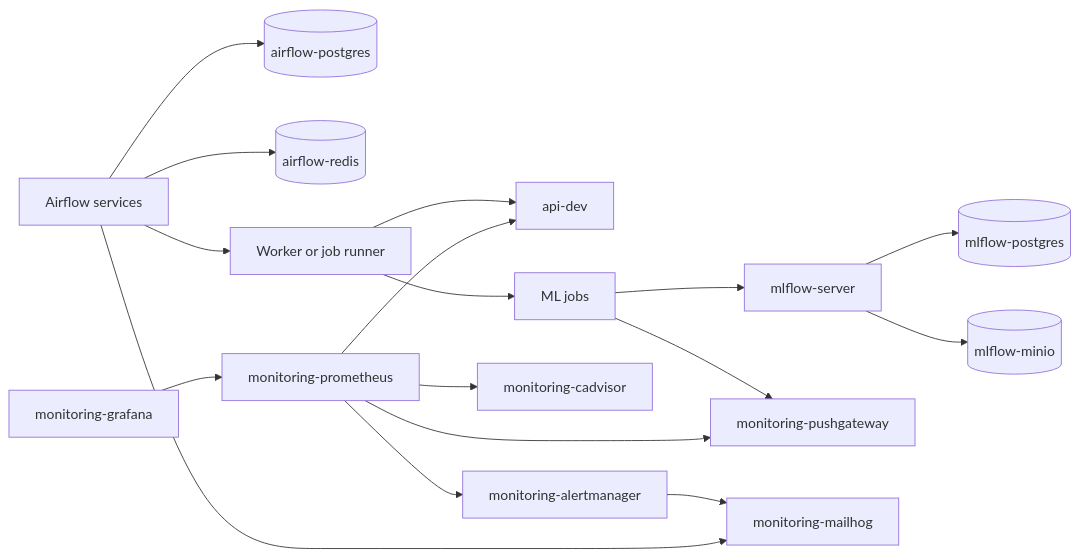
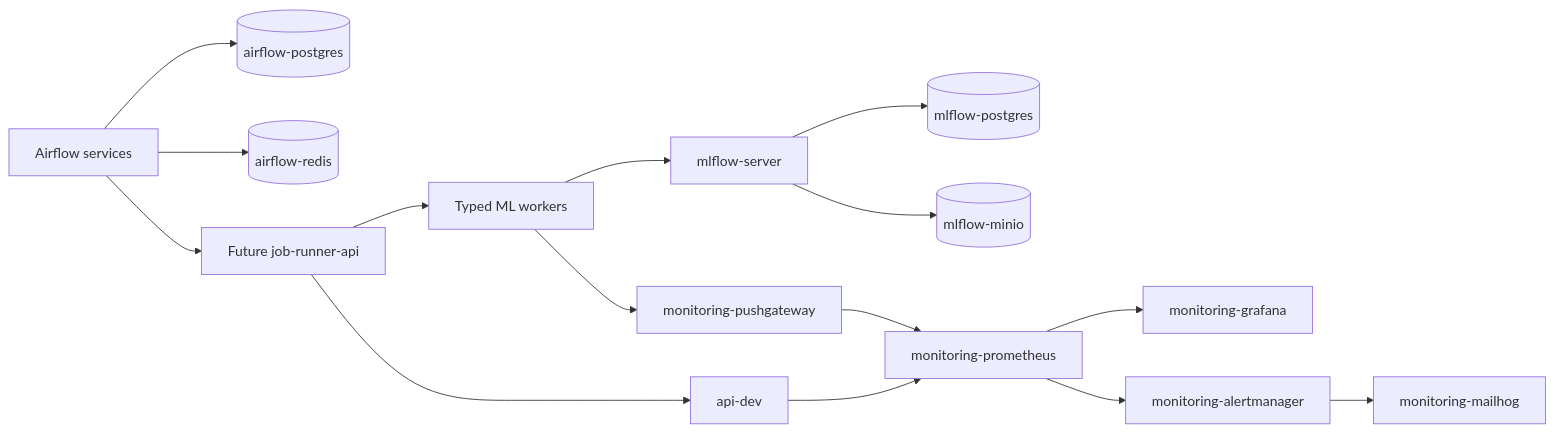
One commit to zheddhe/avr25-mle-trafic-cycliste changed the diagram in docs/local-prod-network-topology.md. Above: the diagram before and after it, drawn with Mermaid. The commit also changed other lines of this file, not shown here.

````diff
--- a/docs/local-prod-network-topology.md
+++ b/docs/local-prod-network-topology.md
@@ -233,21 +136,19 @@
 ```mermaid
 flowchart LR
     airflow[Airflow services] --> airflow_db[(airflow-postgres)]
     airflow --> airflow_redis[(airflow-redis)]
-    airflow --> runner[Worker or job runner]
+    airflow --> runner[Future job-runner-api]
     runner --> api[api-dev]
-    runner --> jobs[ML jobs]
+    runner --> jobs[Typed ML workers]
 
     jobs --> mlflow[mlflow-server]
     mlflow --> mlflow_db[(mlflow-postgres)]
     mlflow --> minio[(mlflow-minio)]
 
     jobs --> pushgateway[monitoring-pushgateway]
-    prometheus[monitoring-prometheus] --> api
-    prometheus --> pushgateway
-    prometheus --> cadvisor[monitoring-cadvisor]
+    pushgateway --> prometheus[monitoring-prometheus]
+    api --> prometheus
+    prometheus --> grafana[monitoring-grafana]
     prometheus --> alertmanager[monitoring-alertmanager]
-    grafana[monitoring-grafana] --> prometheus
     alertmanager --> mailhog[monitoring-mailhog]
-    airflow --> mailhog
 ```
````
